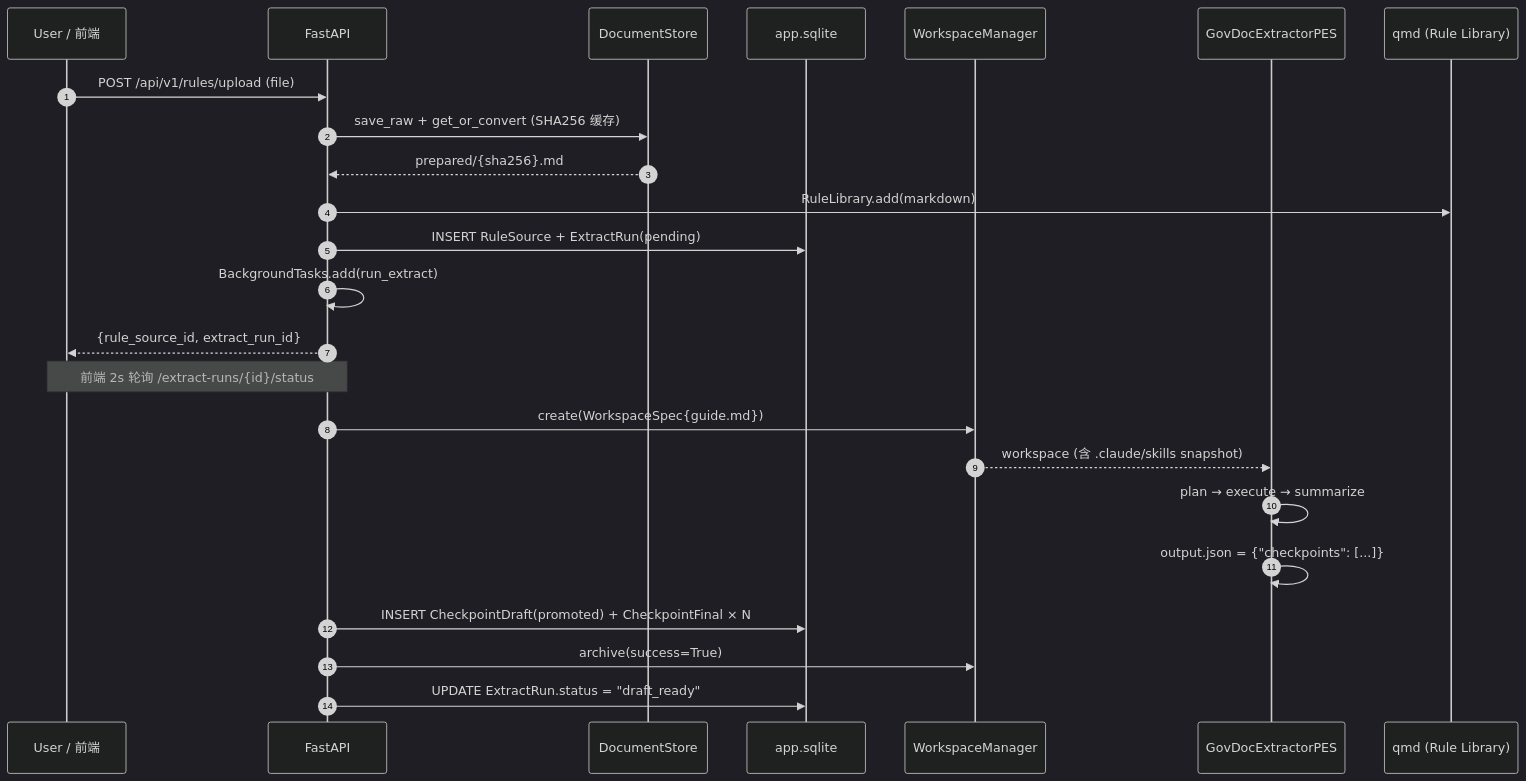
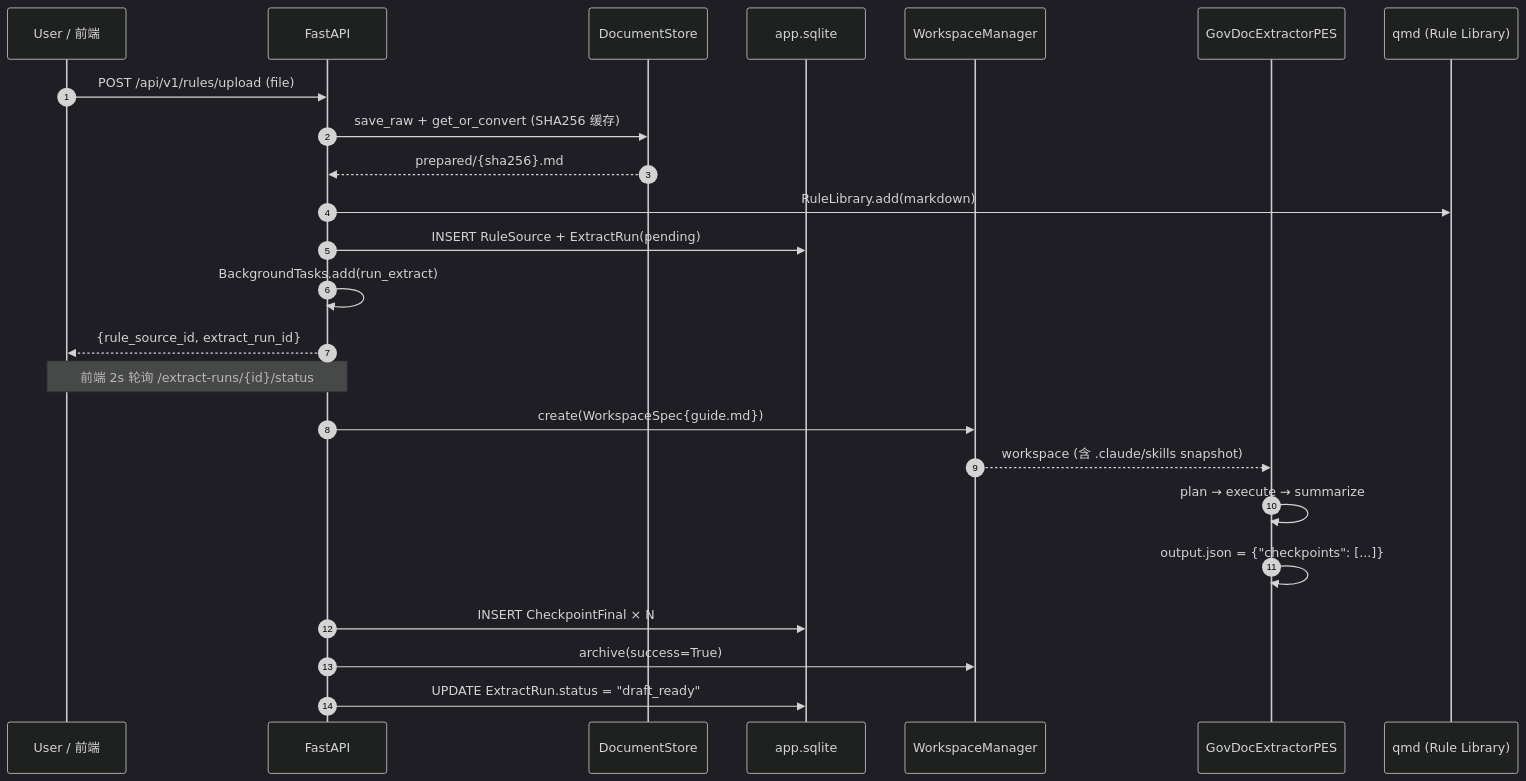
One commit to iomgaa-ycz/GovDoc-Editor changed the first of 2 diagrams in ARCHITECTURE.md. Above: the diagram before and after it, drawn with Mermaid (dark theme). The commit also changed other lines of this file and 20 other files, not shown here.

First line of the commit message:
refactor: 移除 CheckpointDraft 草稿流程，审核点统一直接入库

````diff
--- a/ARCHITECTURE.md
+++ b/ARCHITECTURE.md
@@ -114,29 +114,29 @@
 ```mermaid
 sequenceDiagram
     autonumber
     participant U as User / 前端
     participant API as FastAPI
     participant DS as DocumentStore
     participant DB as app.sqlite
     participant WS as WorkspaceManager
     participant PES as GovDocExtractorPES
     participant QMD as qmd (Rule Library)
 
     U->>API: POST /api/v1/rules/upload (file)
     API->>DS: save_raw + get_or_convert (SHA256 缓存)
     DS-->>API: prepared/{sha256}.md
     API->>QMD: RuleLibrary.add(markdown)
     API->>DB: INSERT RuleSource + ExtractRun(pending)
     API->>API: BackgroundTasks.add(run_extract)
     API-->>U: {rule_source_id, extract_run_id}
 
     Note over U,API: 前端 2s 轮询 /extract-runs/{id}/status
 
     API->>WS: create(WorkspaceSpec{guide.md})
     WS-->>PES: workspace (含 .claude/skills snapshot)
     PES->>PES: plan → execute → summarize
     PES->>PES: output.json = {"checkpoints": [...]}
-    API->>DB: INSERT CheckpointDraft(promoted) + CheckpointFinal × N
+    API->>DB: INSERT CheckpointFinal × N
     API->>WS: archive(success=True)
     API->>DB: UPDATE ExtractRun.status = "draft_ready"
 ```
````
